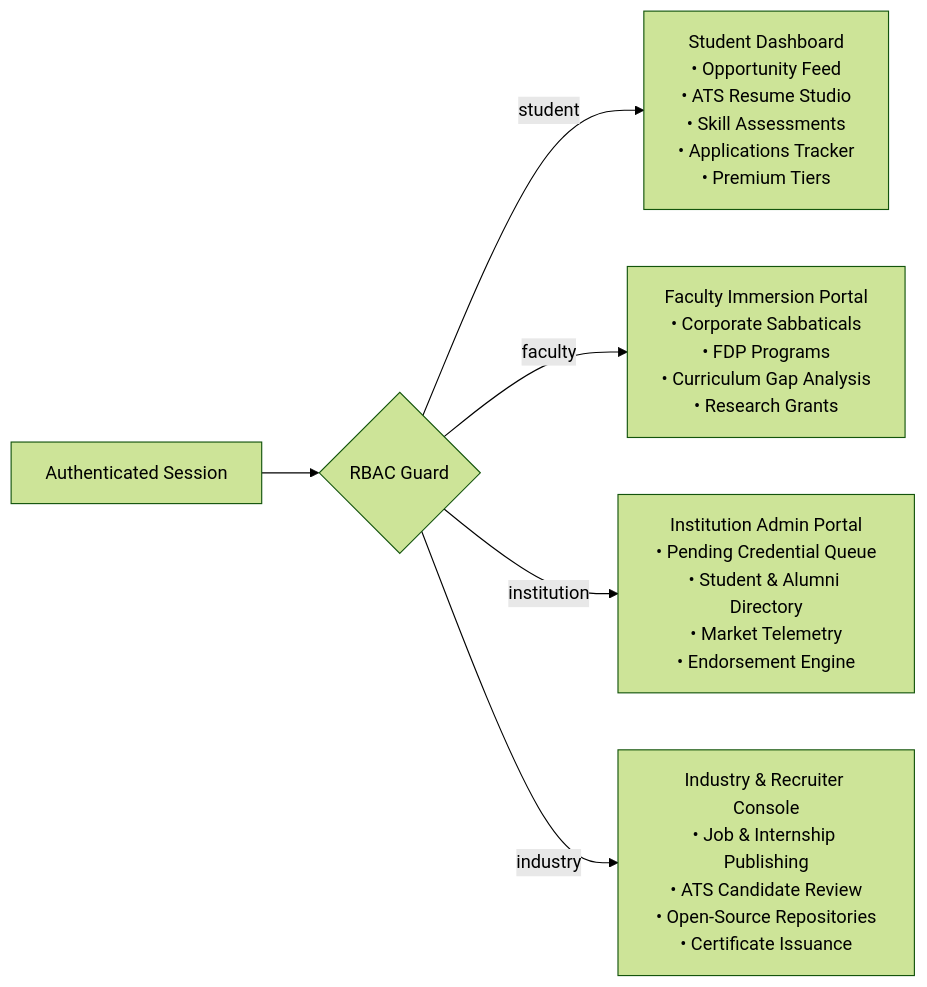
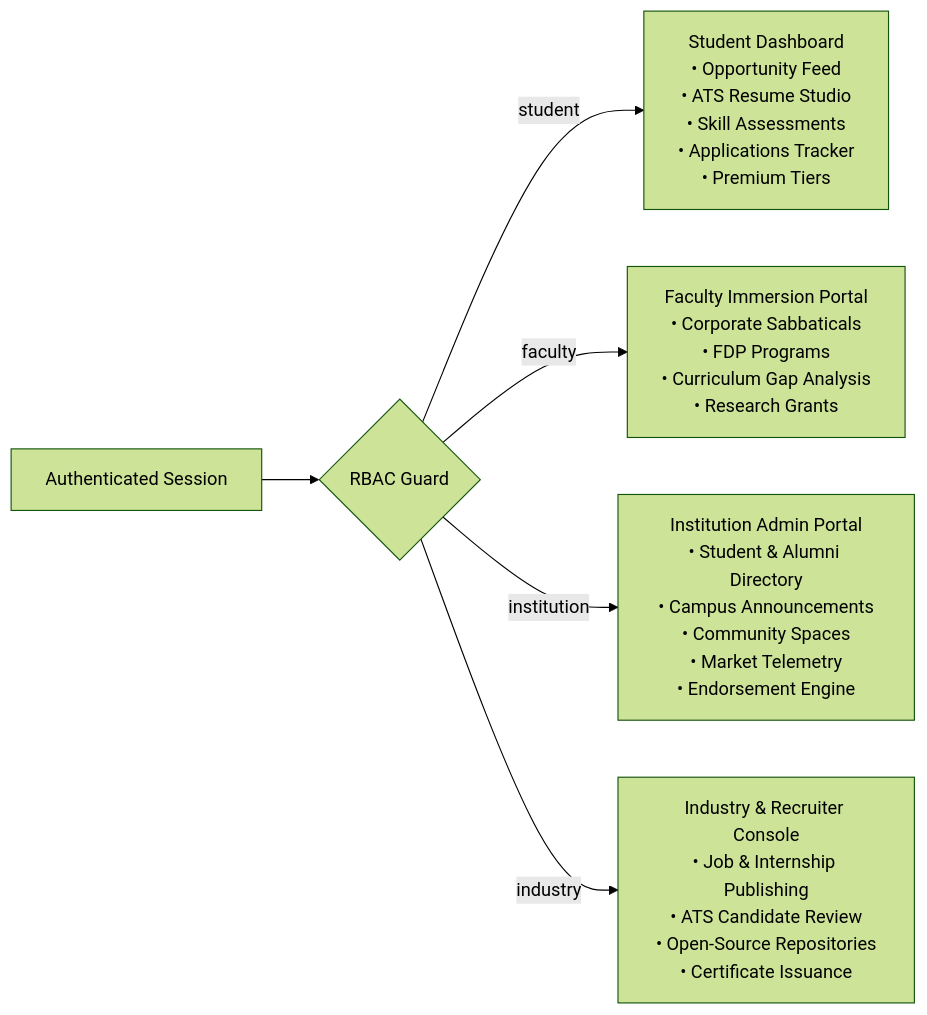
One commit to PrakharAgarwal17/PortalAcademia changed the second of 2 diagrams in docs/ARCHITECTURE.md. Above: the diagram before and after it, drawn with Mermaid (forest theme). The commit also changed other lines of this file and 21 other files, not shown here.

Commit message:
Enhance institution dashboard cohort analytics, campus announcements, role-aware navbar, and mentor gating

````diff
--- a/docs/ARCHITECTURE.md
+++ b/docs/ARCHITECTURE.md
@@ -104,8 +104,8 @@
 ```mermaid
 graph LR
     User["Authenticated Session"] --> RBAC{"RBAC Guard"}
     RBAC -->|student| StudentPortal["Student Dashboard\n• Opportunity Feed\n• ATS Resume Studio\n• Skill Assessments\n• Applications Tracker\n• Premium Tiers"]
     RBAC -->|faculty| FacultyPortal["Faculty Immersion Portal\n• Corporate Sabbaticals\n• FDP Programs\n• Curriculum Gap Analysis\n• Research Grants"]
-    RBAC -->|institution| InstPortal["Institution Admin Portal\n• Pending Credential Queue\n• Student & Alumni Directory\n• Market Telemetry\n• Endorsement Engine"]
+    RBAC -->|institution| InstPortal["Institution Admin Portal\n• Student & Alumni Directory\n• Campus Announcements\n• Community Spaces\n• Market Telemetry\n• Endorsement Engine"]
     RBAC -->|industry| IndPortal["Industry & Recruiter Console\n• Job & Internship Publishing\n• ATS Candidate Review\n• Open-Source Repositories\n• Certificate Issuance"]
 ```
````
